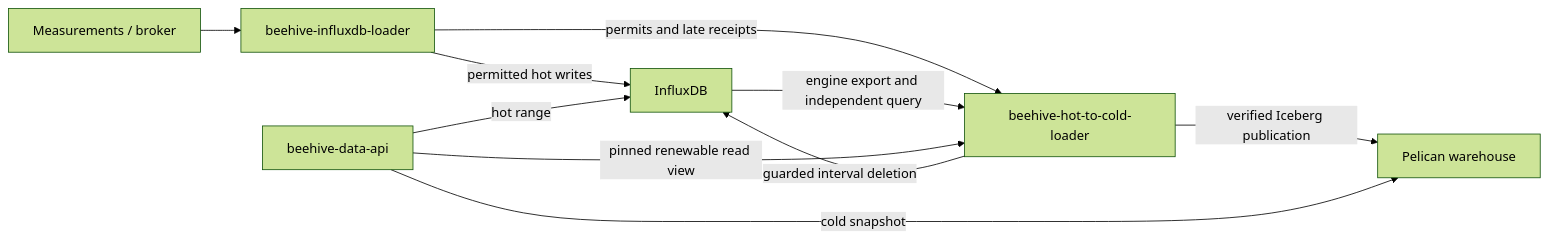
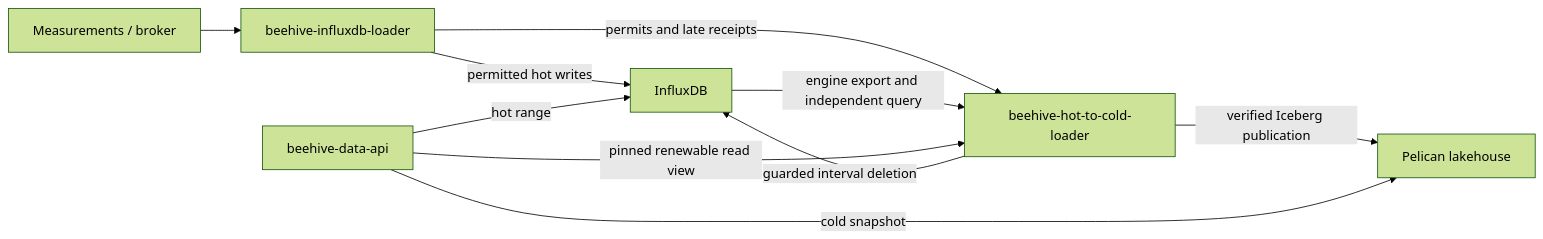
Before and after one commit to waggle-sensor/beehive-hot-to-cold-loader: the diagram in docs/architecture.md, drawn with Mermaid (forest theme). The commit also changed other lines of this file and 37 other files, not shown here.

Commit message:
fixed terminology and switched warehouse to lakehouse

````diff
--- a/docs/architecture.md
+++ b/docs/architecture.md
@@ -9,12 +9,12 @@
 ```mermaid
 flowchart LR
     Edge[Measurements / broker] --> Loader[beehive-influxdb-loader]
     Loader -->|permitted hot writes| Influx[InfluxDB]
     Loader -->|permits and late receipts| Archive[beehive-hot-to-cold-loader]
     Influx -->|engine export and independent query| Archive
-    Archive -->|verified Iceberg publication| Pelican[Pelican warehouse]
+    Archive -->|verified Iceberg publication| Pelican[Pelican lakehouse]
     API[beehive-data-api] -->|pinned renewable read view| Archive
     API -->|hot range| Influx
     API -->|cold snapshot| Pelican
     Archive -->|guarded interval deletion| Influx
 ```
````
